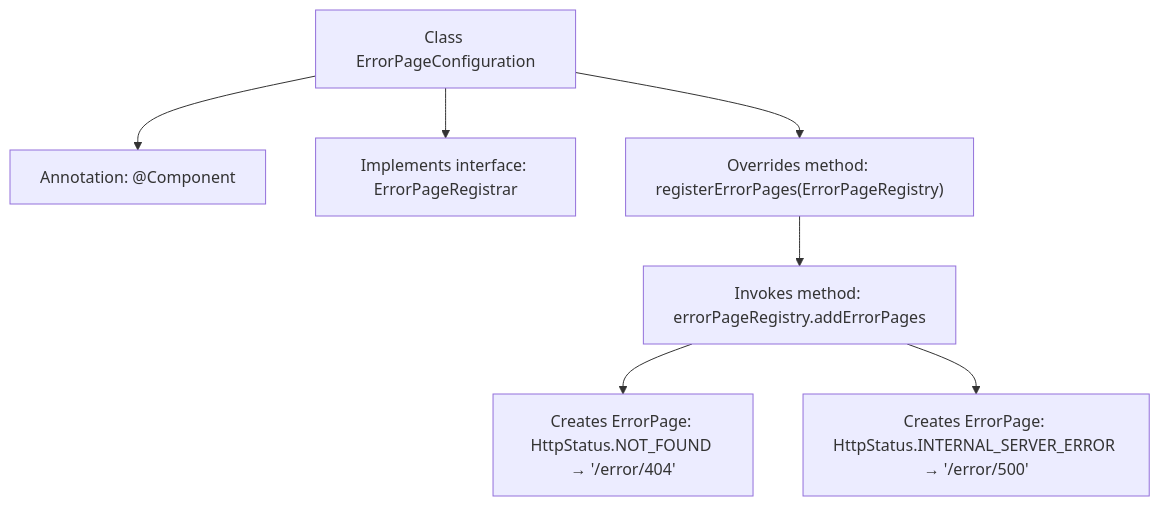
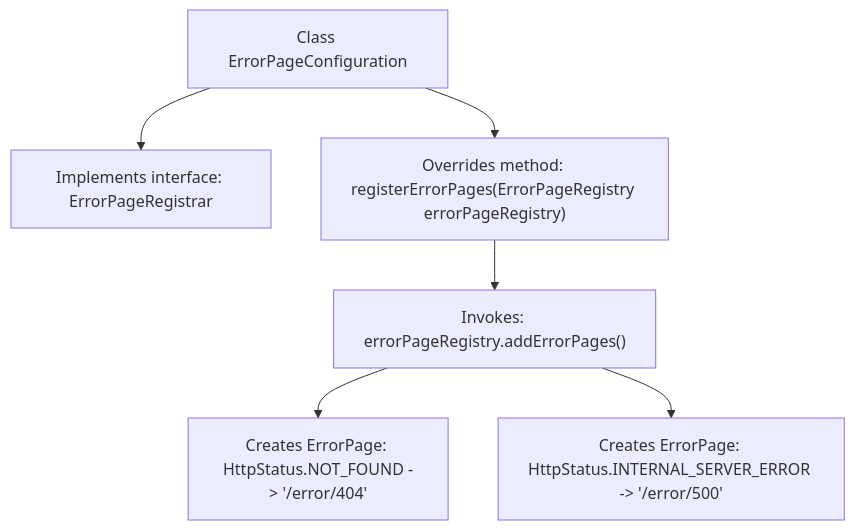
The second of 2 diagrams in docs/en/docs/src/main/java/com/github/binarywang/demo/wx/miniapp/error/ErrorPageConfiguration.md (v-wjrong/rongwj666_weixin-java-miniapp-demo), drawn with Mermaid before and after one commit. The commit also changed other lines of this file and 46 other files, not shown here.

````diff
--- a/docs/en/docs/src/main/java/com/github/binarywang/demo/wx/miniapp/error/ErrorPageConfiguration.md
+++ b/docs/en/docs/src/main/java/com/github/binarywang/demo/wx/miniapp/error/ErrorPageConfiguration.md
@@ -67,17 +70,15 @@
 ```mermaid
 graph TD
     A["Class ErrorPageConfiguration"]
-    B["Annotation: @Component"]
-    C["Implements interface: ErrorPageRegistrar"]
-    D["Overrides method: registerErrorPages(ErrorPageRegistry)"]
-    E["Invokes method: errorPageRegistry.addErrorPages"]
-    F["Creates ErrorPage: HttpStatus.NOT_FOUND → '/error/404'"]
-    G["Creates ErrorPage: HttpStatus.INTERNAL_SERVER_ERROR → '/error/500'"]
+    B["Implements interface: ErrorPageRegistrar"]
+    C["Overrides method: registerErrorPages(ErrorPageRegistry errorPageRegistry)"]
+    D["Invokes: errorPageRegistry.addErrorPages()"]
+    E["Creates ErrorPage: HttpStatus.NOT_FOUND -> '/error/404'"]
+    F["Creates ErrorPage: HttpStatus.INTERNAL_SERVER_ERROR -> '/error/500'"]
 
     A --> B
     A --> C
-    A --> D
+    C --> D
     D --> E
-    E --> F
-    E --> G
+    D --> F
 ```
````
